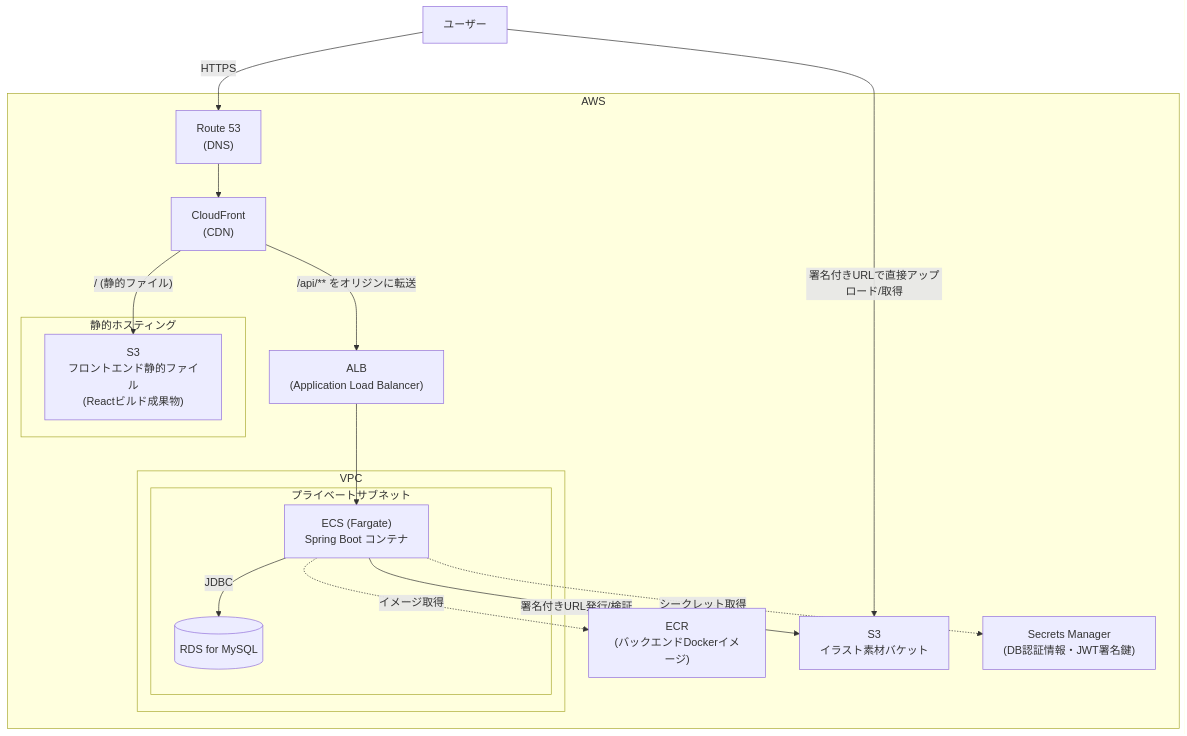
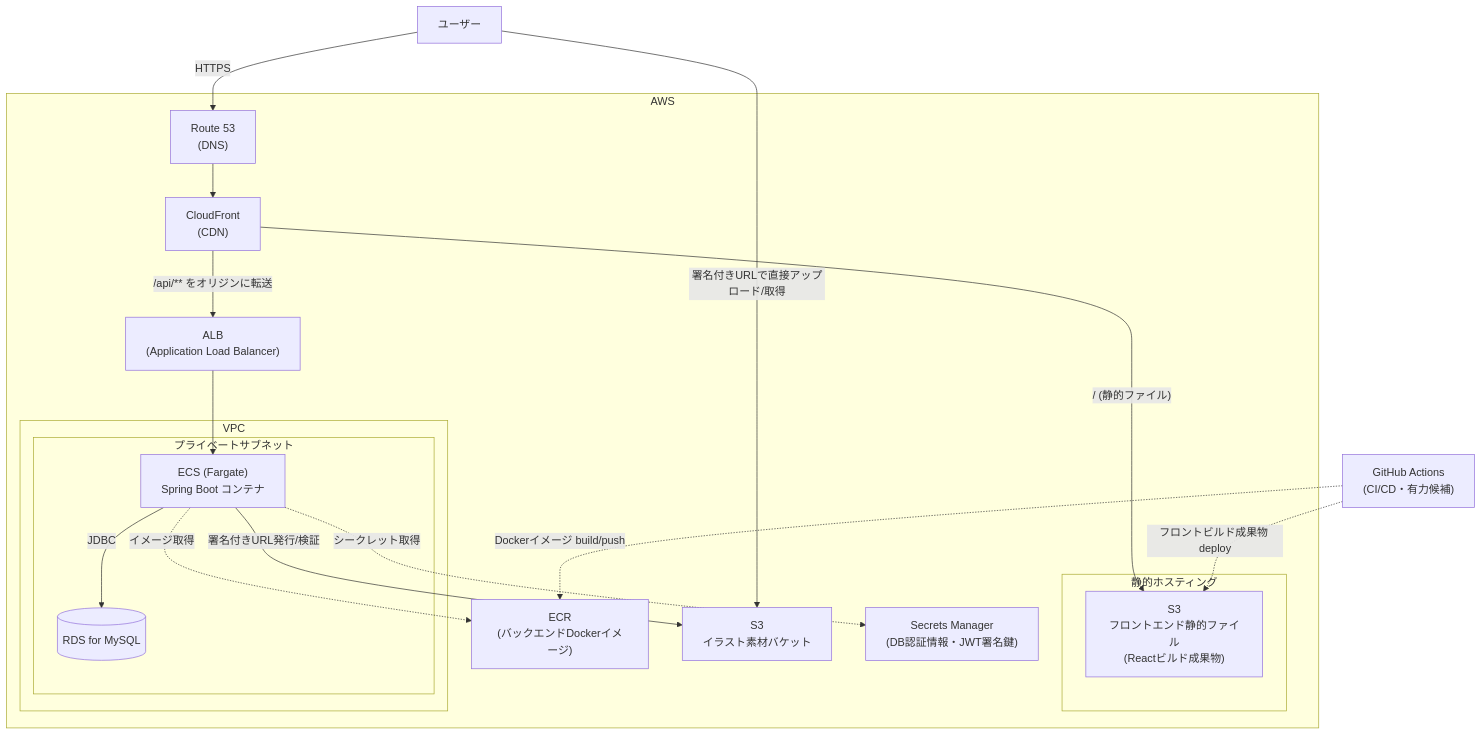
The second of 3 diagrams in docs/03-system-design/system-architecture/system-architecture.md (tottemoren/Rebuild-with-ClaudeCode), drawn with Mermaid before and after one commit. The commit also changed other lines of this file and 23 other files, not shown here.

````diff
--- a/docs/03-system-design/system-architecture/system-architecture.md
+++ b/docs/03-system-design/system-architecture/system-architecture.md
@@ -41,37 +41,40 @@
 ```mermaid
 graph TB
     User["ユーザー"]
+    GHA["GitHub Actions<br/>(CI/CD・有力候補)"]
 
     subgraph AWS["AWS"]
         R53["Route 53<br/>(DNS)"]
         CF["CloudFront<br/>(CDN)"]
 
         subgraph StaticHosting["静的ホスティング"]
             S3Front["S3<br/>フロントエンド静的ファイル<br/>(Reactビルド成果物)"]
         end
 
         ALB["ALB<br/>(Application Load Balancer)"]
 
         subgraph VPC["VPC"]
             subgraph Private["プライベートサブネット"]
                 ECS["ECS (Fargate)<br/>Spring Boot コンテナ"]
                 RDS[("RDS for MySQL")]
             end
         end
 
         ECR["ECR<br/>(バックエンドDockerイメージ)"]
         S3Asset["S3<br/>イラスト素材バケット"]
         SM["Secrets Manager<br/>(DB認証情報・JWT署名鍵)"]
     end
 
     User -->|"HTTPS"| R53
     R53 --> CF
     CF -->|"/ (静的ファイル)"| S3Front
     CF -->|"/api/** をオリジンに転送"| ALB
     ALB --> ECS
     ECS -->|"JDBC"| RDS
     ECS -.->|"イメージ取得"| ECR
     ECS -->|"署名付きURL発行/検証"| S3Asset
     User -->|"署名付きURLで直接アップロード/取得"| S3Asset
     ECS -.->|"シークレット取得"| SM
+    GHA -.->|"Dockerイメージ build/push"| ECR
+    GHA -.->|"フロントビルド成果物 deploy"| S3Front
 ```
````
